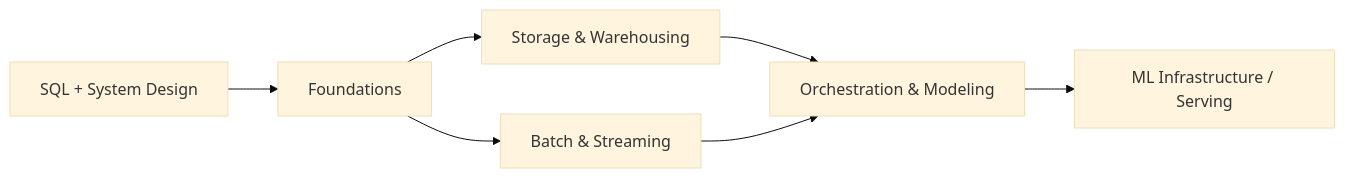
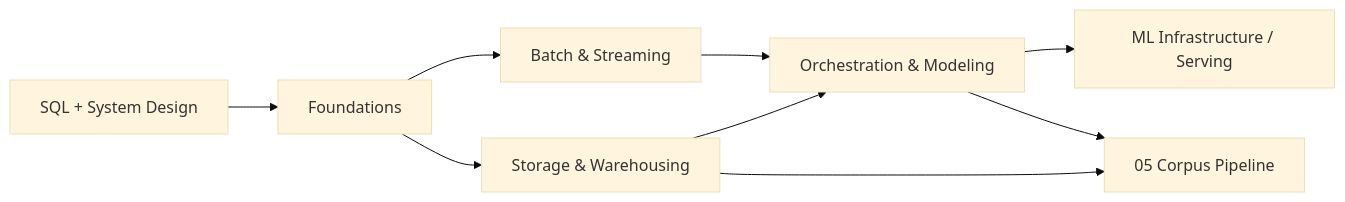
The diagram in data-engineering/README.md (urmzd/supersource), drawn with Mermaid (base theme) before and after one commit. The commit also changed other lines of this file and 2080 other files, not shown here.

````diff
--- a/data-engineering/README.md
+++ b/data-engineering/README.md
@@ -9,9 +9,11 @@
 ```mermaid
 graph LR
     SQL[SQL + System Design] --> F[Foundations]
     F --> SW[Storage & Warehousing]
     F --> BS[Batch & Streaming]
     SW --> OM[Orchestration & Modeling]
     BS --> OM
     OM --> ML[ML Infrastructure / Serving]
+    SW --> CP[05 Corpus Pipeline]
+    OM --> CP
 ```
````
